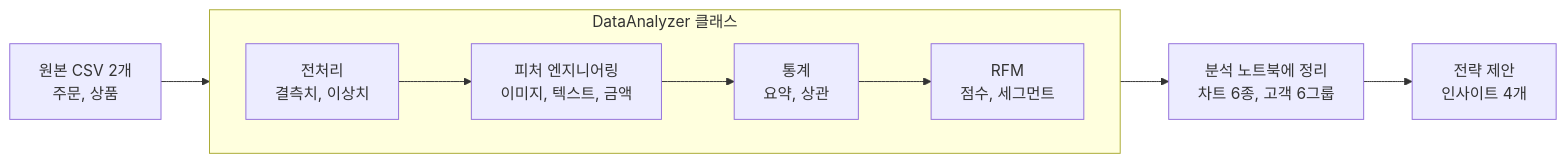
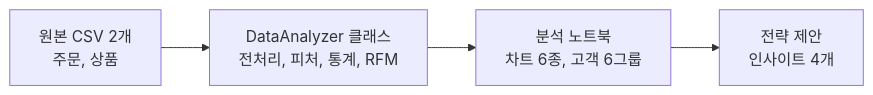
One commit to 0802222/Codyssey-A1-1-RFM changed the first of 2 diagrams in README.md. Above: the diagram before and after it, drawn with Mermaid. The commit also changed other lines of this file and 6 other files, not shown here.

````diff
--- a/README.md
+++ b/README.md
@@ -65,10 +45,6 @@
 ```mermaid
 flowchart LR
-    A["원본 CSV 2개<br>주문, 상품"] --> B
-    subgraph B["DataAnalyzer 클래스"]
-        direction LR
-        B1["전처리<br>결측치, 이상치"] --> B2["피처 엔지니어링<br>이미지, 텍스트, 금액"] --> B3["통계<br>요약, 상관"] --> B4["RFM<br>점수, 세그먼트"]
-    end
-    B --> C["분석 노트북에 정리<br>차트 6종, 고객 6그룹"]
+    A["원본 CSV 2개<br>주문, 상품"] --> B["DataAnalyzer 클래스<br>전처리, 피처, 통계, RFM"]
+    B --> C["분석 노트북<br>차트 6종, 고객 6그룹"]
     C --> D["전략 제안<br>인사이트 4개"]
 ```
````
